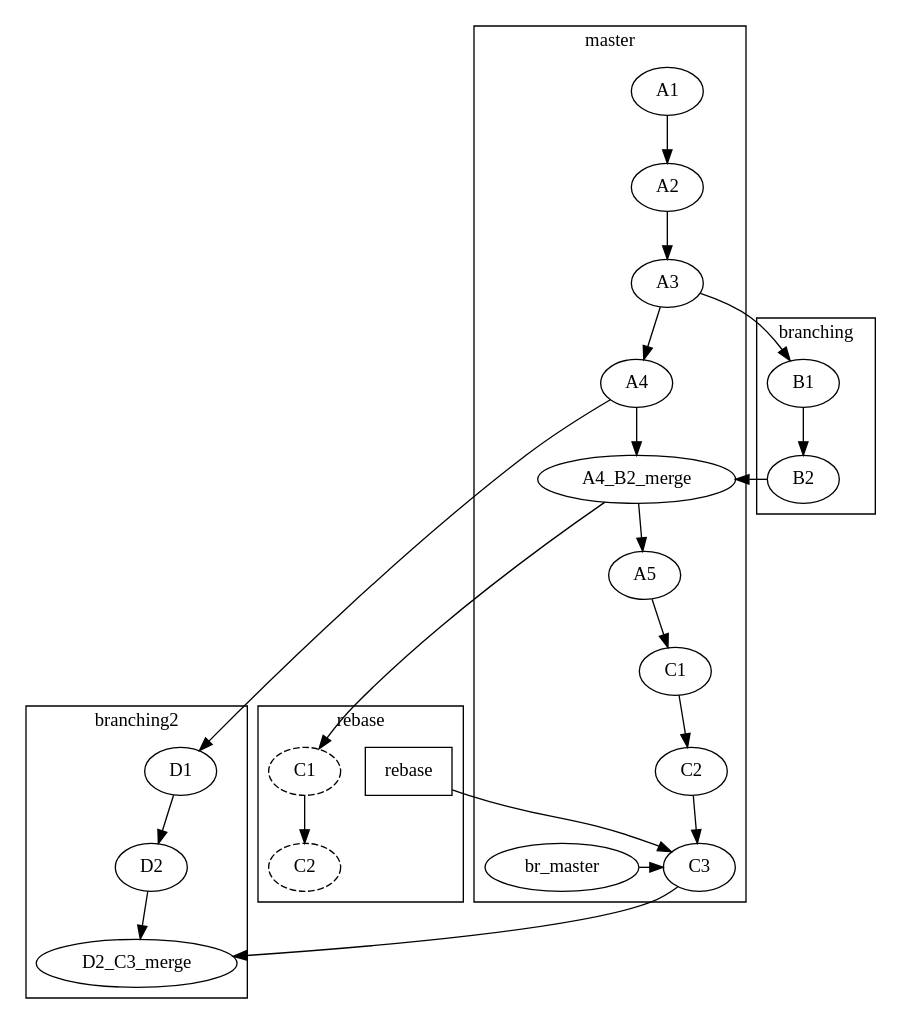
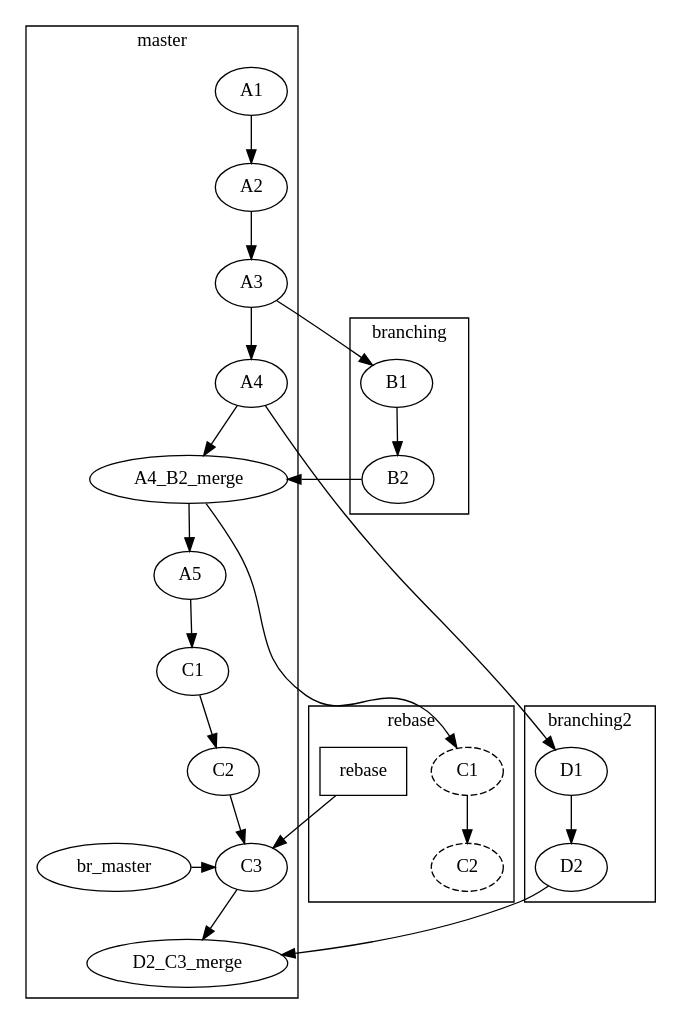
One commit to java8-course/get-flow changed the diagram in tree.dot. Above: the diagram before and after it, drawn with Graphviz.

Commit message:
tree.dot

```diff
--- a/tree.dot
+++ b/tree.dot
@@ -1,49 +1,52 @@
 digraph tree {
     subgraph cluster_master {
         label="master"
         A1 -> A2 -> A3 -> A4 -> A4_B2_merge -> A5
         
         C1_new [label="C1"]
         C2_new [label="C2"]
         C1_new -> C2_new -> C3
+	C3 -> D2_C3_merge
         
 //         br_master [shape=rectangle; label="master"]
         
     //     br_master -> A1 [style=dashed]
     //     br_master -> A2 [style=dashed]
          br_master -> C3
 //         
          {rank=same; C3; br_master}
     }
     
     subgraph cluster_branching {
         label="branching"
         B1 -> B2
 //         br_branching [shape=rectangle; label="branching"]
 //         br_branching -> B2
 //         {rank=same; B2; br_branching}
     }
     
     A3 -> B1
     B2 -> A4_B2_merge
     
     subgraph cluster_rebase {
         label="rebase"
         C1 [style=dashed]
         C2 [style=dashed]
         C1 -> C2
         br_rebase[label="rebase"; shape="rectangle"]
     }
     
     A4_B2_merge -> C1
     A5 -> C1_new
     br_rebase -> C3
     
     subgraph cluster_branching2 {
         label="branching2"
-        D1 -> D2 -> D2_C3_merge
+	D1 -> D2
+
     }
     
+    D2 -> D2_C3_merge
     A4 -> D1
-    C3 -> D2_C3_merge
+
 }
```
